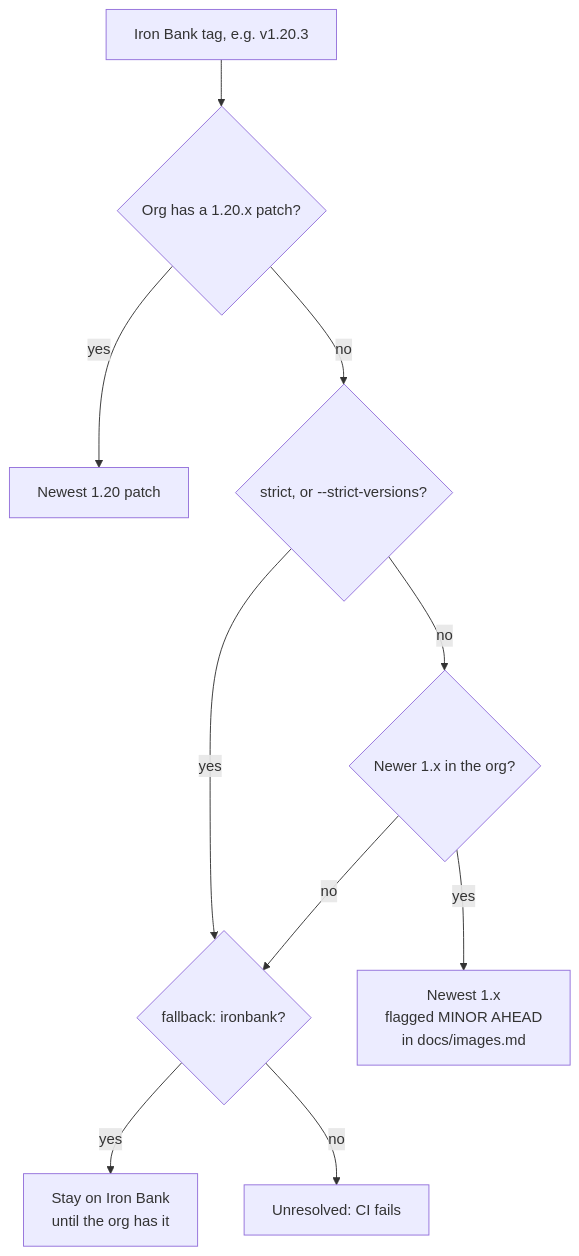
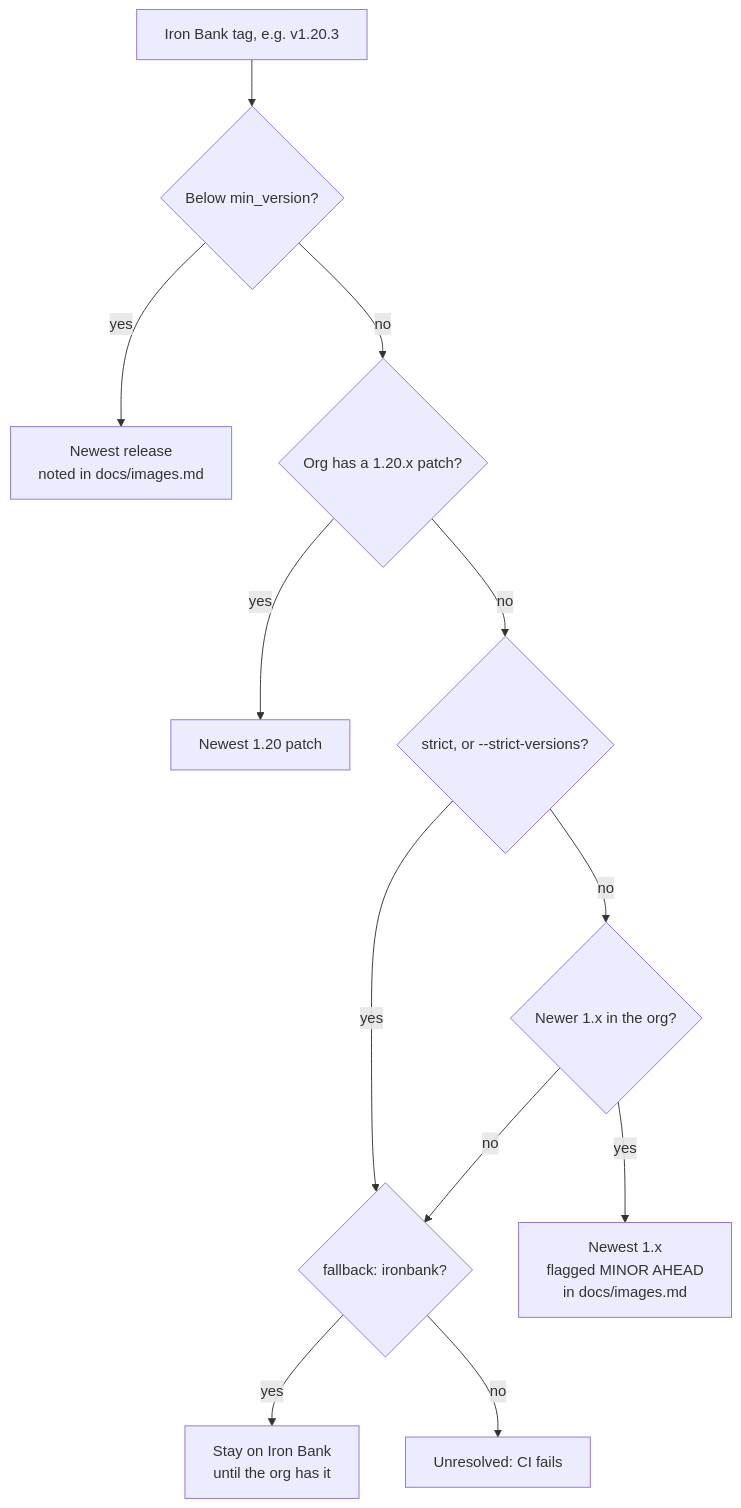
Before and after one commit to Zapata-Technology/bigbang-chainguard: the second of 9 diagrams in docs/architecture.md, drawn with Mermaid. The commit also changed other lines of this file and 8 other files, not shown here.

First line of the commit message:
kubectl min_version 1.34; docs: known gaps, known vulnerabilities, findings

````diff
--- a/docs/architecture.md
+++ b/docs/architecture.md
@@ -63,12 +63,14 @@
 ```mermaid
 flowchart TD
-    A[Iron Bank tag, e.g. v1.20.3] --> B{Org has a 1.20.x patch?}
+    A[Iron Bank tag, e.g. v1.20.3] --> M{Below min_version?}
+    M -- yes --> N[Newest release<br/>noted in docs/images.md]
+    M -- no --> B{Org has a 1.20.x patch?}
     B -- yes --> C[Newest 1.20 patch]
     B -- no --> D{strict, or --strict-versions?}
     D -- yes --> E{fallback: ironbank?}
     E -- yes --> F[Stay on Iron Bank<br/>until the org has it]
     E -- no --> G[Unresolved: CI fails]
     D -- no --> H{Newer 1.x in the org?}
     H -- yes --> I[Newest 1.x<br/>flagged MINOR AHEAD<br/>in docs/images.md]
     H -- no --> E
 ```
````
